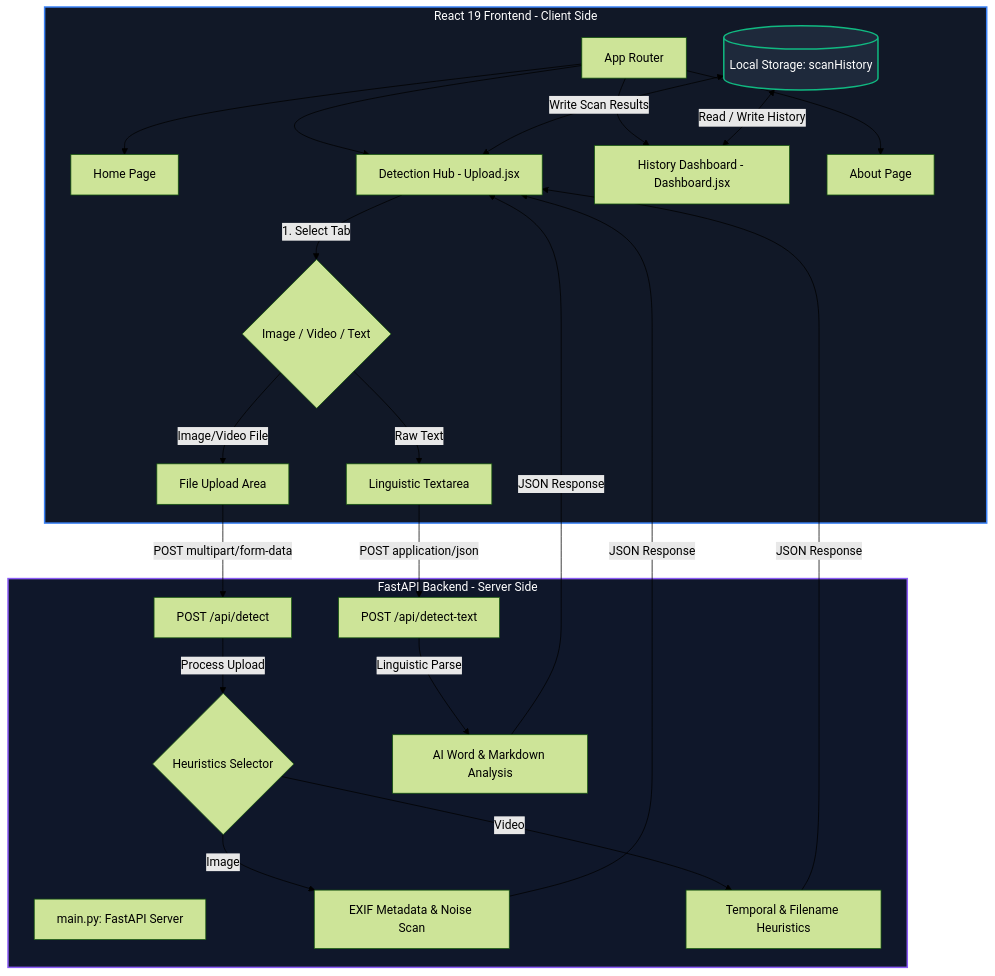
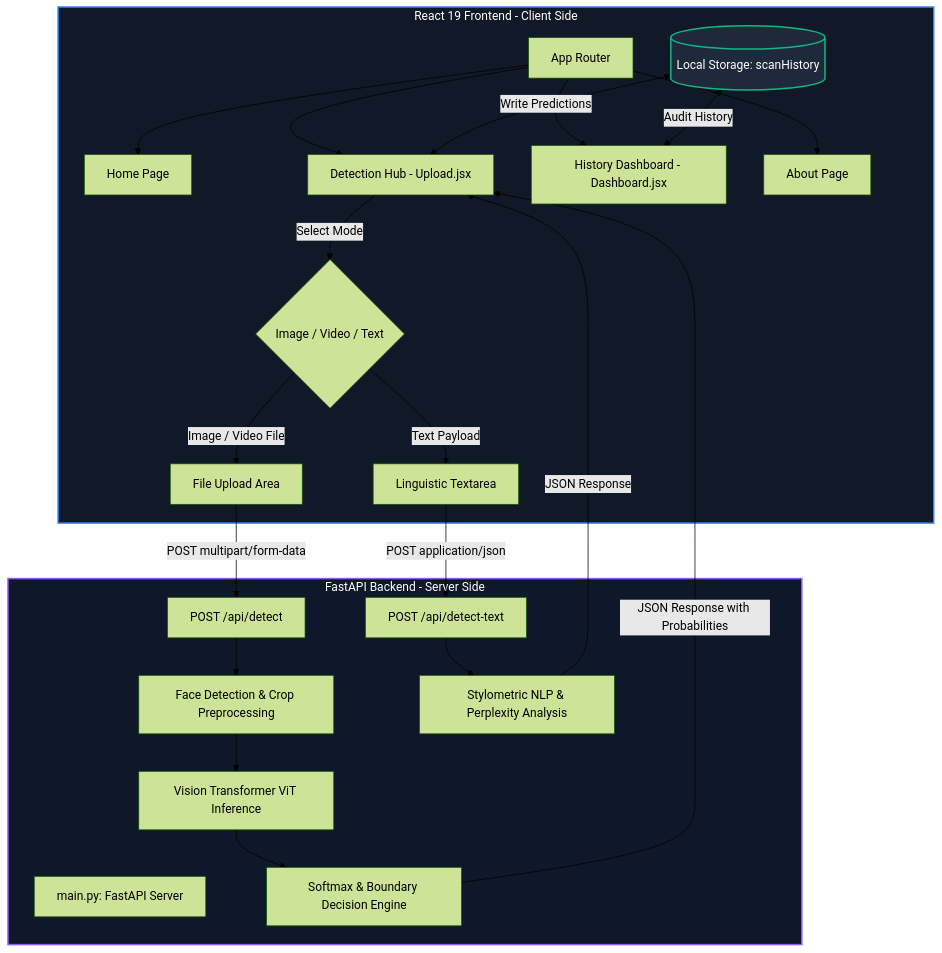
One commit to sachin25-m/deepfake-detector changed the diagram in README.md. Above: the diagram before and after it, drawn with Mermaid (forest theme). The commit also changed other lines of this file and 10 other files, not shown here.

````diff
--- a/README.md
+++ b/README.md
@@ -25,40 +72,39 @@
 ```mermaid
 graph TD
     %% Frontend Subsystem
     subgraph Frontend [React 19 Frontend - Client Side]
         A[App Router] --> B[Home Page]
         A --> C[Detection Hub - Upload.jsx]
         A --> D[History Dashboard - Dashboard.jsx]
         A --> E[About Page]
         
-        C -->|1. Select Tab| F{Image / Video / Text}
-        F -->|Image/Video File| G[File Upload Area]
-        F -->|Raw Text| H[Linguistic Textarea]
+        C -->|Select Mode| F{Image / Video / Text}
+        F -->|Image / Video File| G[File Upload Area]
+        F -->|Text Payload| H[Linguistic Textarea]
         
-        I[(Local Storage: scanHistory)] <-->|Read / Write History| D
-        I <-->|Write Scan Results| C
+        I[(Local Storage: scanHistory)] <-->|Audit History| D
+        I <-->|Write Predictions| C
     end
 
     %% Backend Subsystem
     subgraph Backend [FastAPI Backend - Server Side]
         J[main.py: FastAPI Server]
         
-        K[POST /api/detect] -->|Process Upload| L{Heuristics Selector}
-        L -->|Image| M[EXIF Metadata & Noise Scan]
-        L -->|Video| N[Temporal & Filename Heuristics]
+        K[POST /api/detect] --> L[Face Detection & Crop Preprocessing]
+        L --> M[Vision Transformer ViT Inference]
+        M --> N[Softmax & Boundary Decision Engine]
         
-        O[POST /api/detect-text] -->|Linguistic Parse| P[AI Word & Markdown Analysis]
+        O[POST /api/detect-text] --> P[Stylometric NLP & Perplexity Analysis]
     end
 
     %% Interconnections
     G -->|POST multipart/form-data| K
     H -->|POST application/json| O
-    M -->|JSON Response| C
-    N -->|JSON Response| C
+    N -->|JSON Response with Probabilities| C
     P -->|JSON Response| C
     
     %% Styling
     style Frontend fill:#111827,stroke:#3b82f6,stroke-width:2px,color:#fff
     style Backend fill:#0f172a,stroke:#8b5cf6,stroke-width:2px,color:#fff
     style I fill:#1e293b,stroke:#10b981,stroke-width:2px,color:#fff
 ```
````
